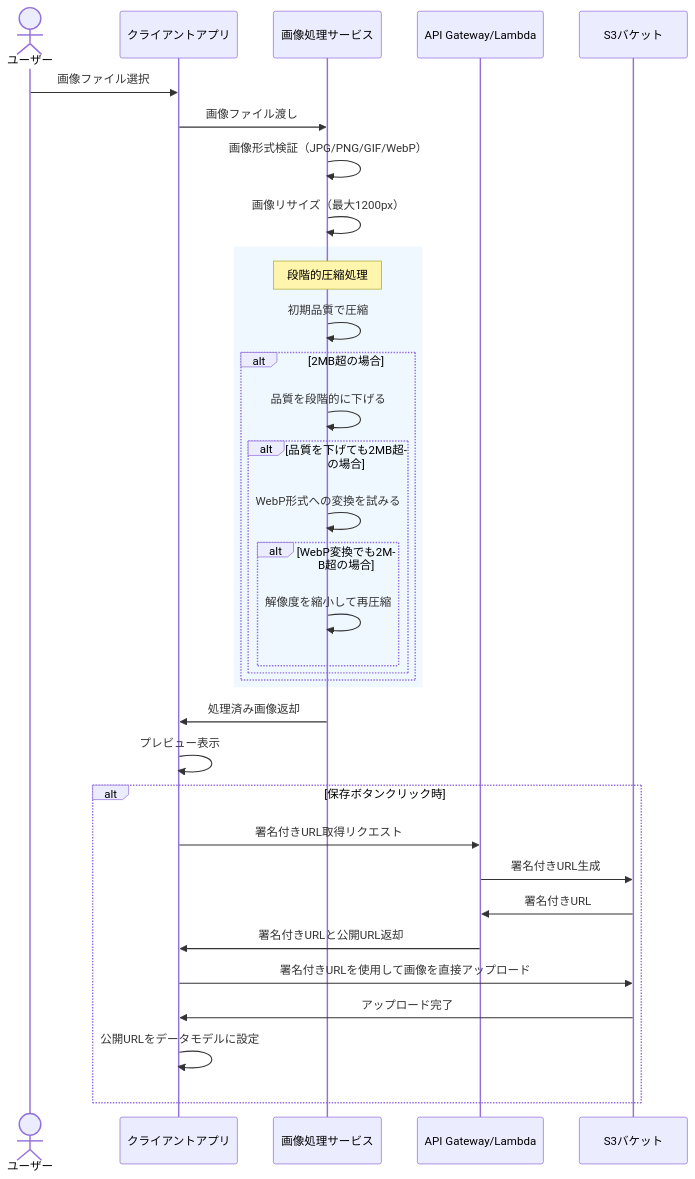
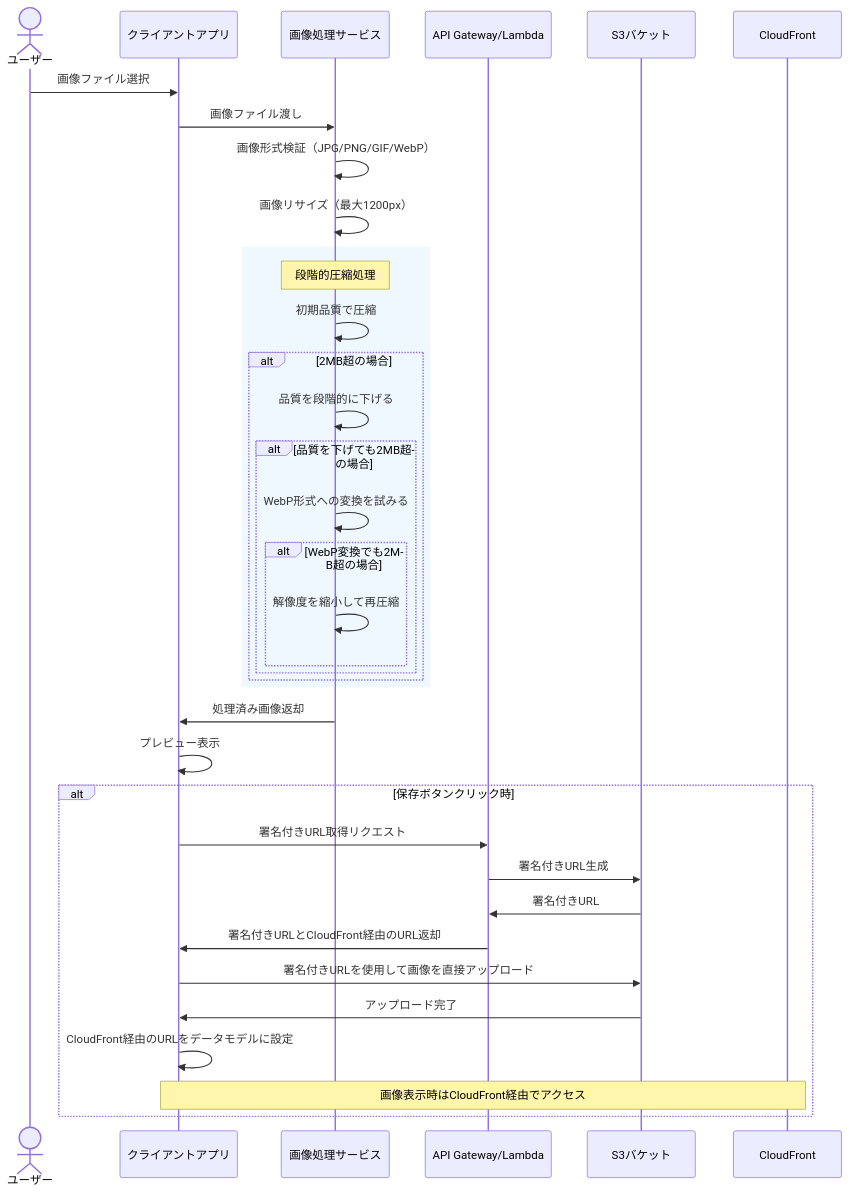
One commit to masanori-sasaki/bonsai-app changed the diagram in docs/design/image-processing-flow.md. Above: the diagram before and after it, drawn with Mermaid. The commit also changed other lines of this file and 20 other files, not shown here.

````diff
--- a/docs/design/image-processing-flow.md
+++ b/docs/design/image-processing-flow.md
@@ -7,43 +7,45 @@
 ```mermaid
 sequenceDiagram
     actor User as ユーザー
     participant Client as クライアントアプリ
     participant ImageService as 画像処理サービス
     participant API as API Gateway/Lambda
     participant S3 as S3バケット
+    participant CloudFront as CloudFront
 
     User->>Client: 画像ファイル選択
     Client->>ImageService: 画像ファイル渡し
     ImageService->>ImageService: 画像形式検証（JPG/PNG/GIF/WebP）
     ImageService->>ImageService: 画像リサイズ（最大1200px）
     
     rect rgb(240, 248, 255)
         Note over ImageService: 段階的圧縮処理
         ImageService->>ImageService: 初期品質で圧縮
         
         alt 2MB超の場合
             ImageService->>ImageService: 品質を段階的に下げる
             
             alt 品質を下げても2MB超の場合
                 ImageService->>ImageService: WebP形式への変換を試みる
                 
                 alt WebP変換でも2MB超の場合
                     ImageService->>ImageService: 解像度を縮小して再圧縮
                 end
             end
         end
     end
     
     ImageService->>Client: 処理済み画像返却
     Client->>Client: プレビュー表示
     
     alt 保存ボタンクリック時
         Client->>API: 署名付きURL取得リクエスト
         API->>S3: 署名付きURL生成
         S3->>API: 署名付きURL
-        API->>Client: 署名付きURLと公開URL返却
+        API->>Client: 署名付きURLとCloudFront経由のURL返却
         Client->>S3: 署名付きURLを使用して画像を直接アップロード
         S3->>Client: アップロード完了
-        Client->>Client: 公開URLをデータモデルに設定
+        Client->>Client: CloudFront経由のURLをデータモデルに設定
+        Note over Client,CloudFront: 画像表示時はCloudFront経由でアクセス
     end
 ```
````
